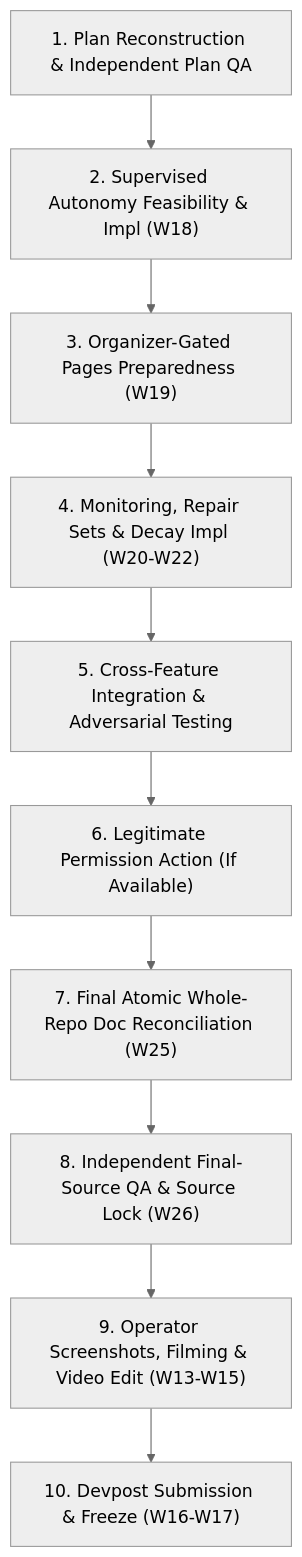
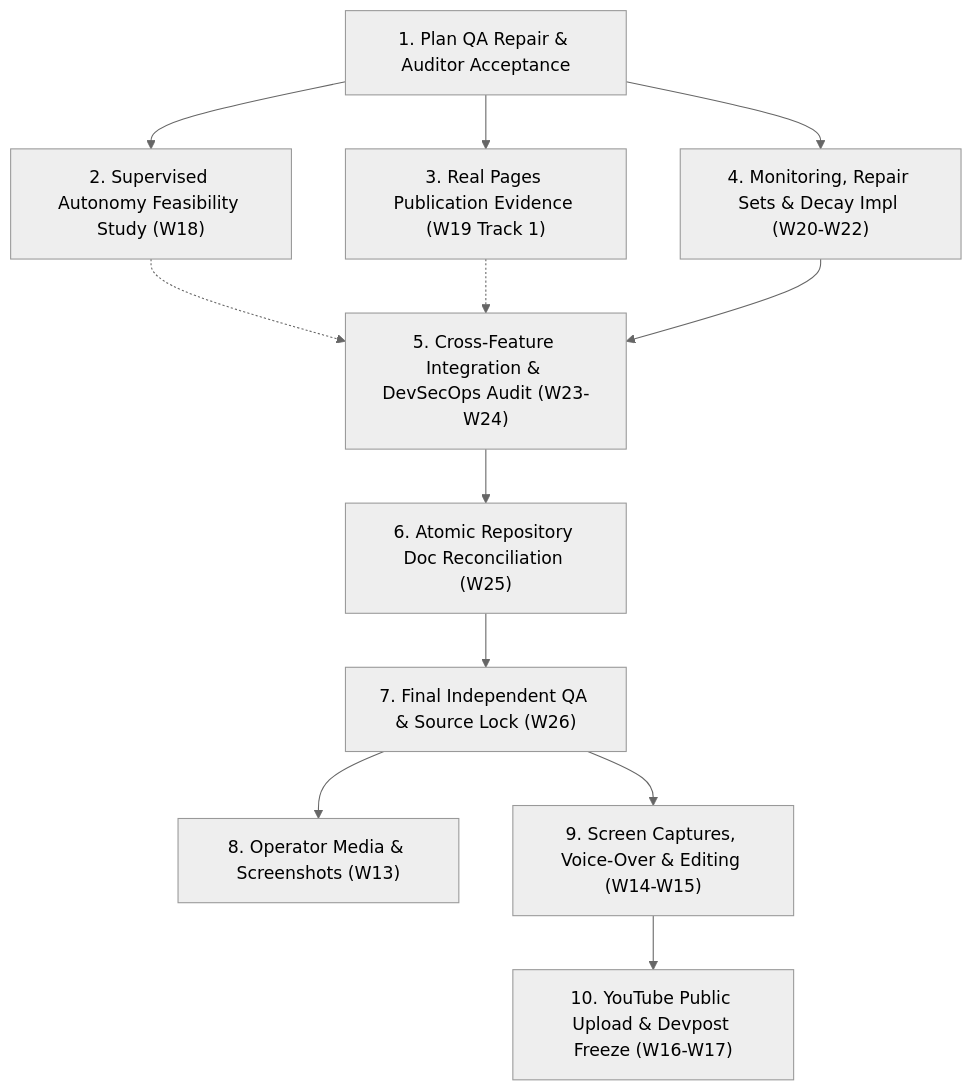
The fourth of 5 diagrams in plans/TERMIVANCE_MASTER_EXECUTION_PLAN.md (zyganali-glitch/termivance-qa-mirror), drawn with Mermaid (neutral theme) before and after one commit. The commit also changed other lines of this file, not shown here.

Commit message:
fix(plan): consolidated plan QA repair, organizer decision, and governance hardening

````diff
--- a/plans/TERMIVANCE_MASTER_EXECUTION_PLAN.md
+++ b/plans/TERMIVANCE_MASTER_EXECUTION_PLAN.md
@@ -1242,12 +1315,14 @@
 ```mermaid
 flowchart TD
-    S1["1. Plan Reconstruction & Independent Plan QA"] --> S2["2. Supervised Autonomy Feasibility & Impl (W18)"]
-    S2 --> S3["3. Organizer-Gated Pages Preparedness (W19)"]
-    S3 --> S4["4. Monitoring, Repair Sets & Decay Impl (W20-W22)"]
-    S4 --> S5["5. Cross-Feature Integration & Adversarial Testing"]
-    S5 --> S6["6. Legitimate Permission Action (If Available)"]
-    S6 --> S7["7. Final Atomic Whole-Repo Doc Reconciliation (W25)"]
-    S7 --> S8["8. Independent Final-Source QA & Source Lock (W26)"]
-    S8 --> S9["9. Operator Screenshots, Filming & Video Edit (W13-W15)"]
-    S9 --> S10["10. Devpost Submission & Freeze (W16-W17)"]
+    S1["1. Plan QA Repair & Auditor Acceptance"] --> S2["2. Supervised Autonomy Feasibility Study (W18)"]
+    S1 --> S3["3. Real Pages Publication Evidence (W19 Track 1)"]
+    S1 --> S4["4. Monitoring, Repair Sets & Decay Impl (W20-W22)"]
+    S2 -.-> S5["5. Cross-Feature Integration & DevSecOps Audit (W23-W24)"]
+    S3 -.-> S5
+    S4 --> S5
+    S5 --> S6["6. Atomic Repository Doc Reconciliation (W25)"]
+    S6 --> S7["7. Final Independent QA & Source Lock (W26)"]
+    S7 --> S8["8. Operator Media & Screenshots (W13)"]
+    S7 --> S9["9. Screen Captures, Voice-Over & Editing (W14-W15)"]
+    S9 --> S10["10. YouTube Public Upload & Devpost Freeze (W16-W17)"]
 ```
````
